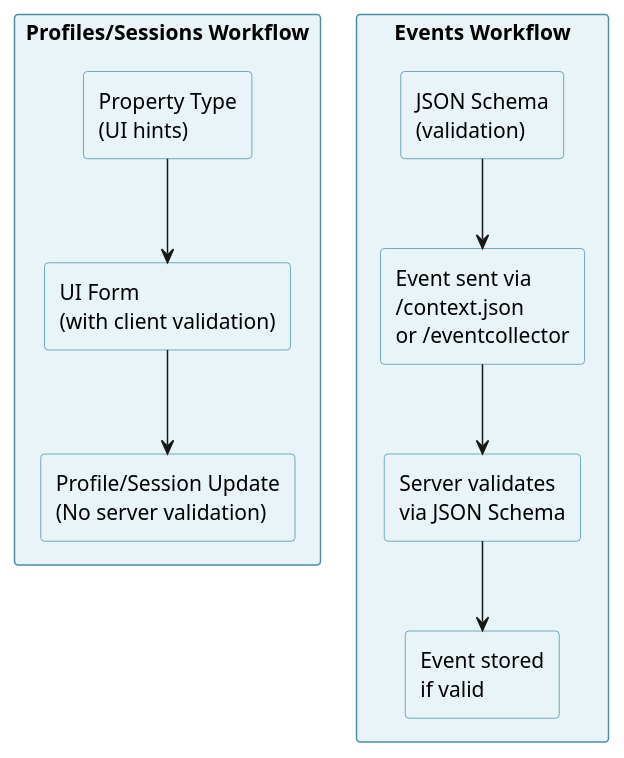
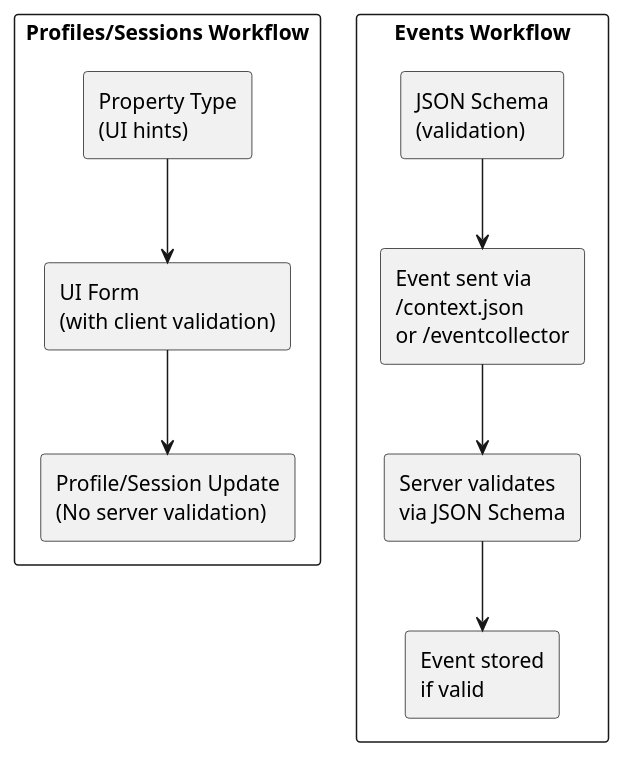
The first of 2 diagrams in manual/src/main/asciidoc/property-types.adoc (apache/unomi), drawn with PlantUML before and after one commit. The commit also changed other lines of this file and 16 other files, not shown here.

First line of the commit message:
docs: brand PlantUML diagrams with Unomi theme colors

```diff
--- a/manual/src/main/asciidoc/property-types.adoc
+++ b/manual/src/main/asciidoc/property-types.adoc
@@ -861,29 +861,25 @@
 [plantuml]
 ----
 @startuml
-skinparam rectangle {
-    BackgroundColor #E8F4F8
-    BorderColor #4A90A4
-}
 
 rectangle "Profiles/Sessions Workflow" {
     rectangle "Property Type\n(UI hints)" as PT
     rectangle "UI Form\n(with client validation)" as UI
     rectangle "Profile/Session Update\n(No server validation)" as Update
     
     PT --> UI
     UI --> Update
 }
 
 rectangle "Events Workflow" {
     rectangle "JSON Schema\n(validation)" as Schema
     rectangle "Event sent via\n/context.json\nor /eventcollector" as Event
     rectangle "Server validates\nvia JSON Schema" as Validate
     rectangle "Event stored\nif valid" as Store
     
     Schema --> Event
     Event --> Validate
     Validate --> Store
 }
 @enduml
 ----
```
